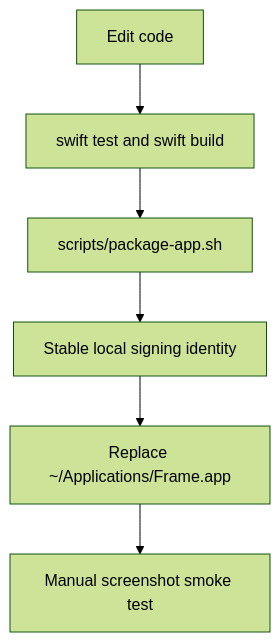
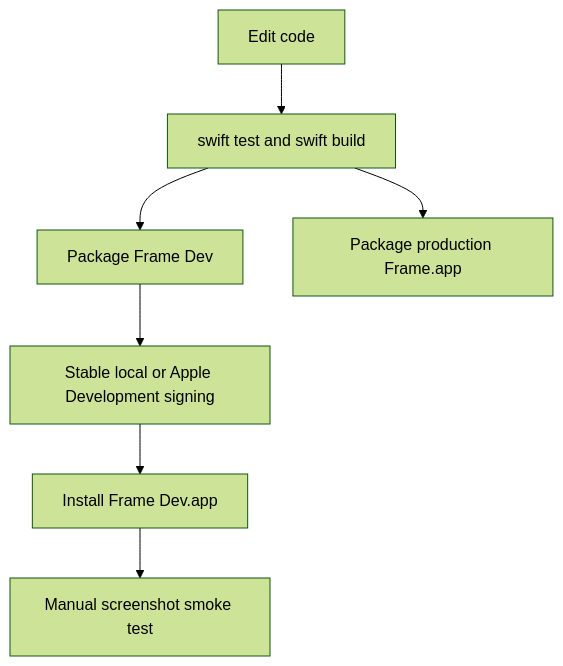
Before and after one commit to deweyou/frame: the diagram in docs/development.md, drawn with Mermaid (forest theme). The commit also changed other lines of this file and 36 other files, not shown here.

````diff
--- a/docs/development.md
+++ b/docs/development.md
@@ -3,8 +3,9 @@
 ```mermaid
 flowchart TD
     Edit[Edit code] --> Verify[swift test and swift build]
-    Verify --> Package[scripts/package-app.sh]
-    Package --> Sign[Stable local signing identity]
-    Sign --> Install[Replace ~/Applications/Frame.app]
-    Install --> Smoke[Manual screenshot smoke test]
+    Verify --> DevPackage[Package Frame Dev]
+    DevPackage --> DevSign[Stable local or Apple Development signing]
+    DevSign --> DevInstall[Install Frame Dev.app]
+    DevInstall --> Smoke[Manual screenshot smoke test]
+    Verify --> Production[Package production Frame.app]
 ```
````
